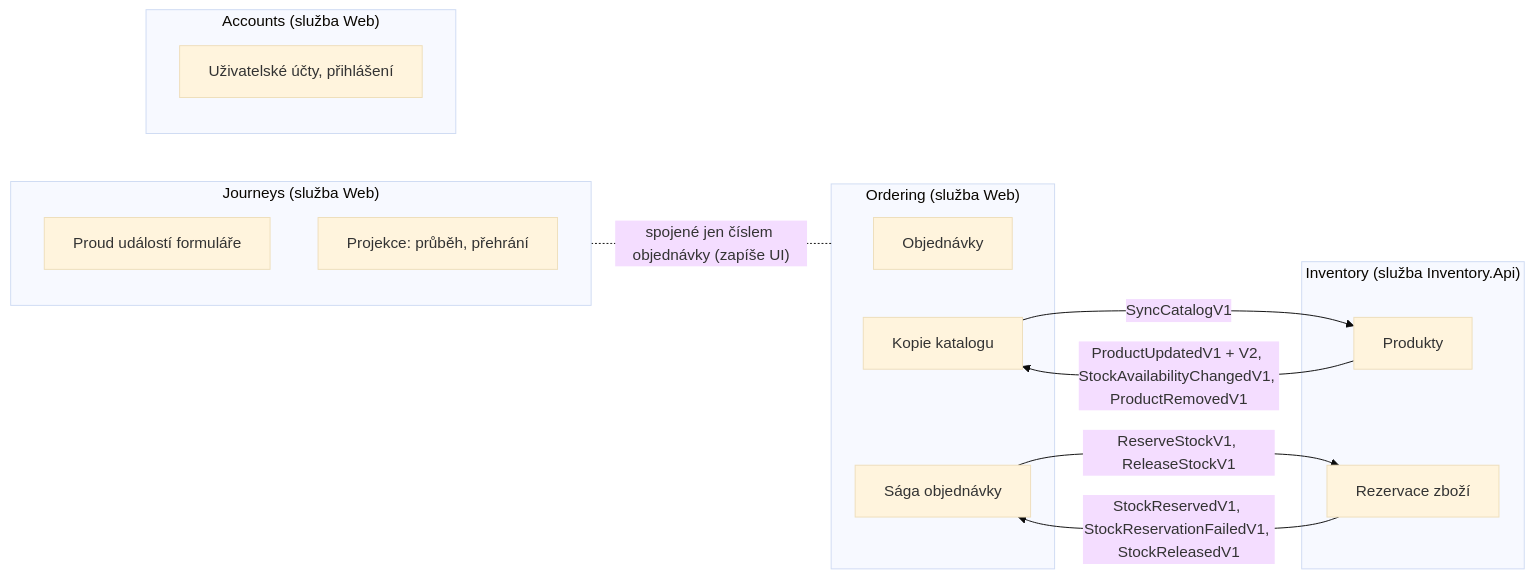
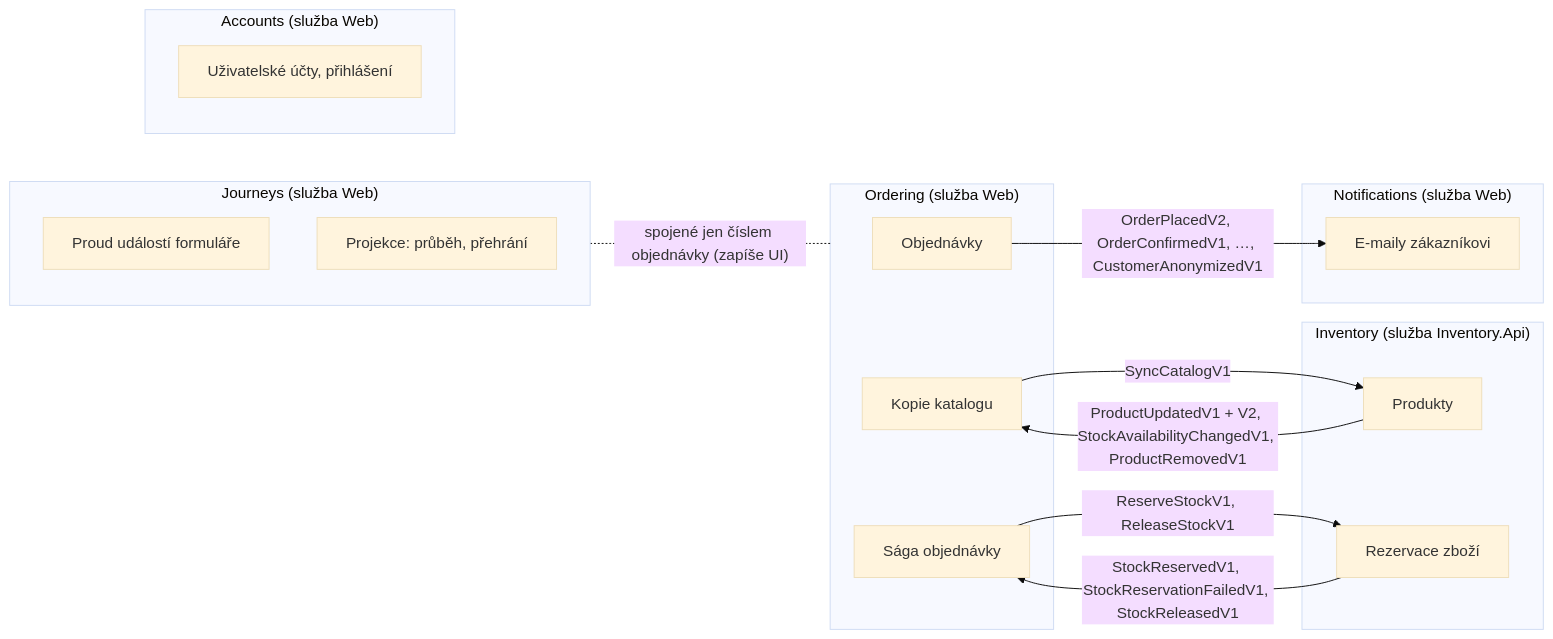
One commit to ftichy/MiniShop changed the diagram in docs/prirucka/architektura/moduly/index.md. Above: the diagram before and after it, drawn with Mermaid (base theme). The commit also changed other lines of this file and 59 other files, not shown here.

````diff
--- a/docs/prirucka/architektura/moduly/index.md
+++ b/docs/prirucka/architektura/moduly/index.md
@@ -12,35 +12,40 @@
 ```mermaid
 flowchart LR
     subgraph ord["Ordering (služba Web)"]
         o1[Objednávky]
         o2[Sága objednávky]
         o3[Kopie katalogu]
     end
     subgraph inv["Inventory (služba Inventory.Api)"]
         i1[Produkty]
         i2[Rezervace zboží]
     end
     subgraph jou["Journeys (služba Web)"]
         j1[Proud událostí formuláře]
         j2[Projekce: průběh, přehrání]
     end
 
     o2 -->|"ReserveStockV1, ReleaseStockV1"| i2
     i2 -->|"StockReservedV1, StockReservationFailedV1, StockReleasedV1"| o2
     i1 -->|"ProductUpdatedV1 + V2, StockAvailabilityChangedV1, ProductRemovedV1"| o3
     o3 -->|SyncCatalogV1| i1
     subgraph acc["Accounts (služba Web)"]
         a1[Uživatelské účty, přihlášení]
     end
+    subgraph ntf["Notifications (služba Web)"]
+        n1[E-maily zákazníkovi]
+    end
+    o1 -->|"OrderPlacedV2, OrderConfirmedV1, …, CustomerAnonymizedV1"| n1
 
     jou -.-|"spojené jen číslem objednávky (zapíše UI)"| ord
 
     click o2 "/Docs/eda/saga"
     click o3 "/Docs/eda/kopie-katalogu"
     click j1 "/Docs/eda/proud-udalosti"
     click o1 "/Docs/architektura/moduly/ordering"
     click i1 "/Docs/architektura/moduly/inventory"
     click i2 "/Docs/architektura/moduly/inventory"
     click j2 "/Docs/architektura/moduly/journeys"
     click a1 "/Docs/architektura/moduly/accounts"
+    click n1 "/Docs/architektura/moduly/notifications"
 ```
````
